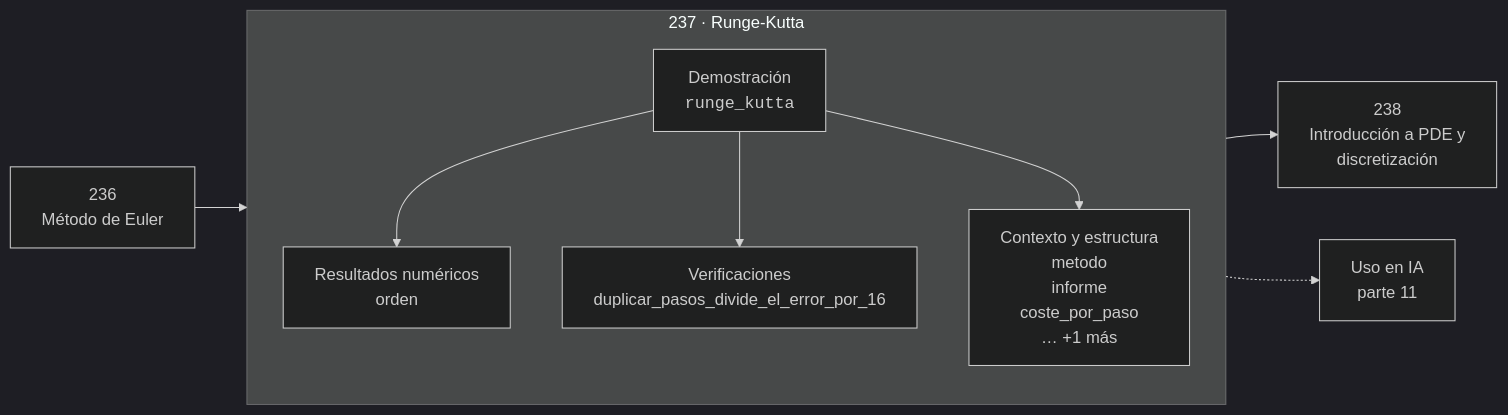
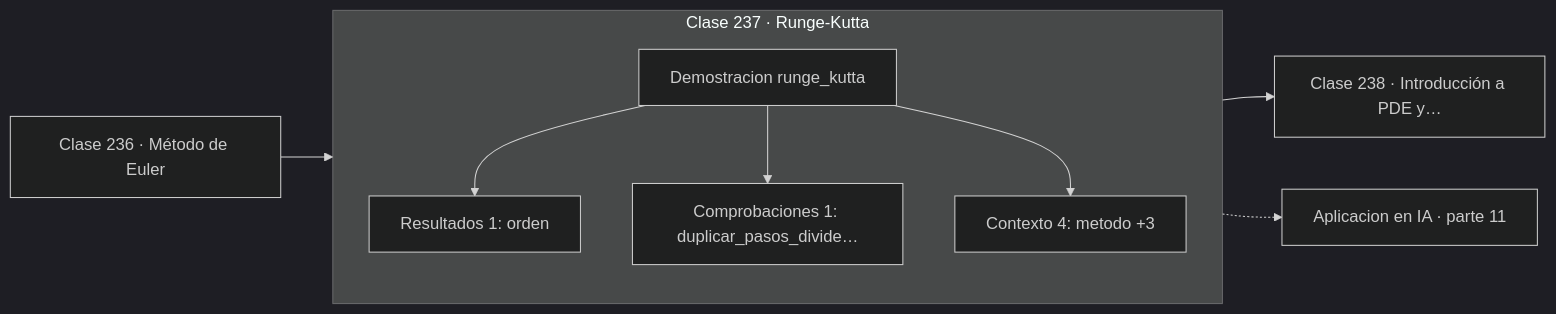
The diagram in classes/part-11-metodos-numericos-y-computacion-cientifica/237-runge-kutta/README.md (vladimiracunadev-create/computational-mathematics-program), drawn with Mermaid (dark theme) before and after one commit. The commit also changed 389 other files, not shown here.

First line of the commit message:
fix(diagramas): elimina el HTML de las etiquetas Mermaid

````diff
--- a/classes/part-11-metodos-numericos-y-computacion-cientifica/237-runge-kutta/README.md
+++ b/classes/part-11-metodos-numericos-y-computacion-cientifica/237-runge-kutta/README.md
@@ -30,12 +30,13 @@
 ```mermaid
 flowchart LR
-    P["236<br/>Método de Euler"] --> C
-    subgraph C["237 · Runge-Kutta"]
+    P["Clase 236 · Método de Euler"] --> D
+    subgraph CLASE["Clase 237 · Runge-Kutta"]
         direction TB
-        D["Demostración<br/><code>runge_kutta</code>"] --> R["Resultados numéricos<br/>orden"]
-        D --> V["Verificaciones<br/>duplicar_pasos_divide_el_error_por_16"]
-        D --> O["Contexto y estructura<br/>metodo<br/>informe<br/>coste_por_paso<br/>… +1 más"]
+        D["Demostracion runge_kutta"]
+        D --> R["Resultados 1: orden"]
+        D --> V["Comprobaciones 1: duplicar_pasos_divide…"]
+        D --> O["Contexto 4: metodo +3"]
     end
-    C --> N["238<br/>Introducción a PDE y<br/>discretización"]
-    C -.-> IA["Uso en IA<br/>parte 11"]
+    R --> N["Clase 238 · Introducción a PDE y…"]
+    V -.-> IA["Aplicacion en IA · parte 11"]
 ```
````
